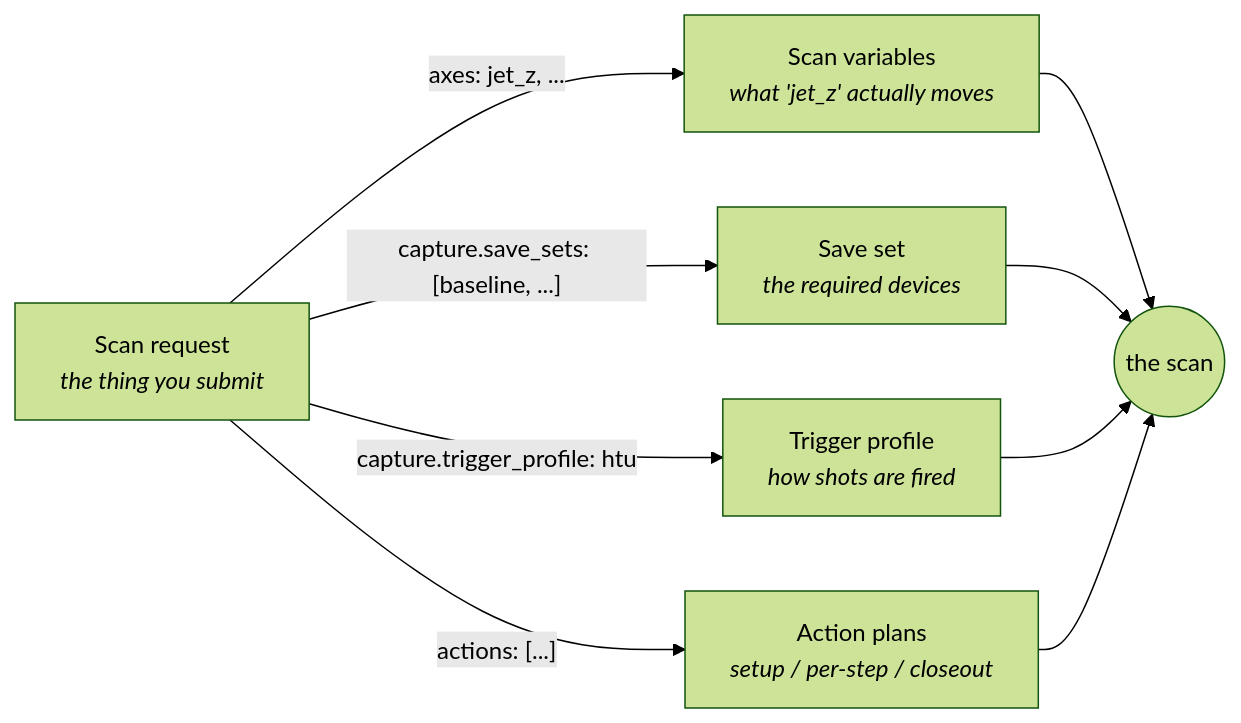
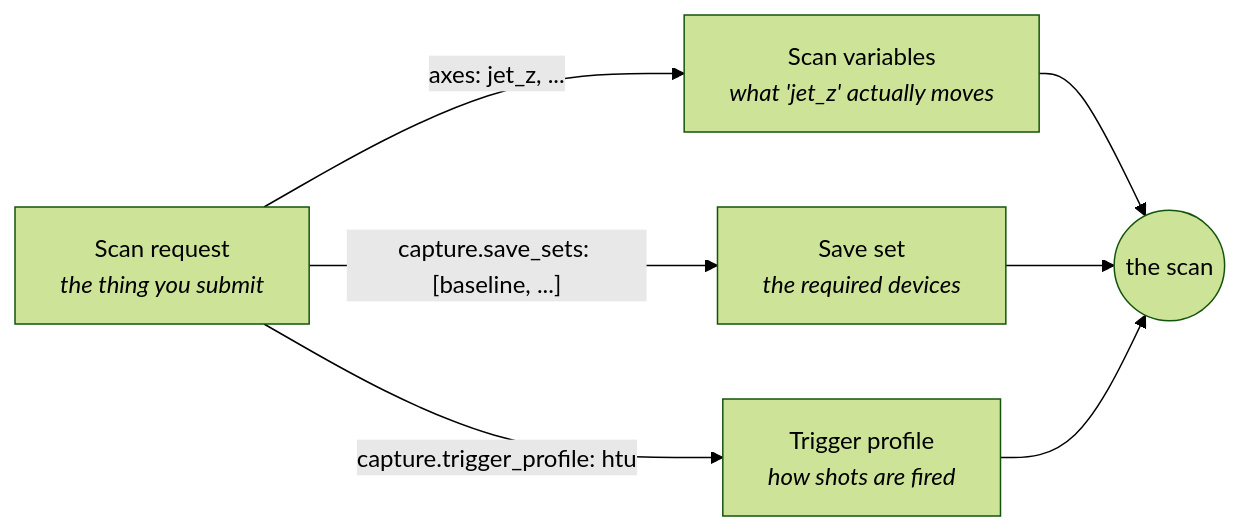
The diagram in docs/geecs_schemas/schemas_overview.md (GEECS-BELLA/GEECS-Plugins), drawn with Mermaid (forest theme) before and after one commit. The commit also changed other lines of this file and 107 other files, not shown here.

````diff
--- a/docs/geecs_schemas/schemas_overview.md
+++ b/docs/geecs_schemas/schemas_overview.md
@@ -131,18 +131,15 @@
 ```mermaid
 flowchart LR
     SR["Scan request<br/><i>the thing you submit</i>"]
     SV["Scan variables<br/><i>what 'jet_z' actually moves</i>"]
     SS["Save set<br/><i>the required devices</i>"]
     TP["Trigger profile<br/><i>how shots are fired</i>"]
-    AP["Action plans<br/><i>setup / per-step / closeout</i>"]
     SCAN(("the scan"))
 
     SR -- "axes: jet_z, ..." --> SV
     SR -- "capture.save_sets: [baseline, ...]" --> SS
     SR -- "capture.trigger_profile: htu" --> TP
-    SR -- "actions: [...]" --> AP
     SV --> SCAN
     SS --> SCAN
     TP --> SCAN
-    AP --> SCAN
 ```
````
